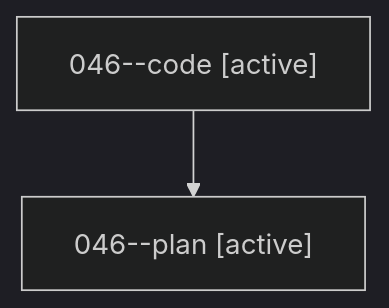
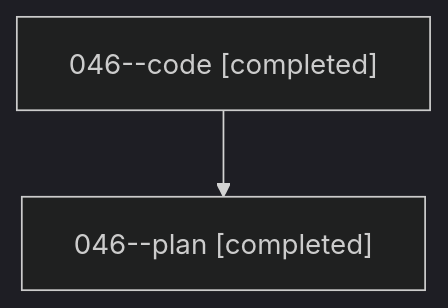
One commit to sase-org/sase--agents changed the diagram in families/bbugyi200.athena.046.md. Above: the diagram before and after it, drawn with Mermaid (dark theme). The commit also changed other lines of this file and 88 other files, not shown here.

````diff
--- a/families/bbugyi200.athena.046.md
+++ b/families/bbugyi200.athena.046.md
@@ -9,6 +9,6 @@
 ```mermaid
 flowchart TD
-  n0["046--code [active]"]
-  n1["046--plan [active]"]
+  n0["046--code [completed]"]
+  n1["046--plan [completed]"]
   n0 --> n1
 ```
````
